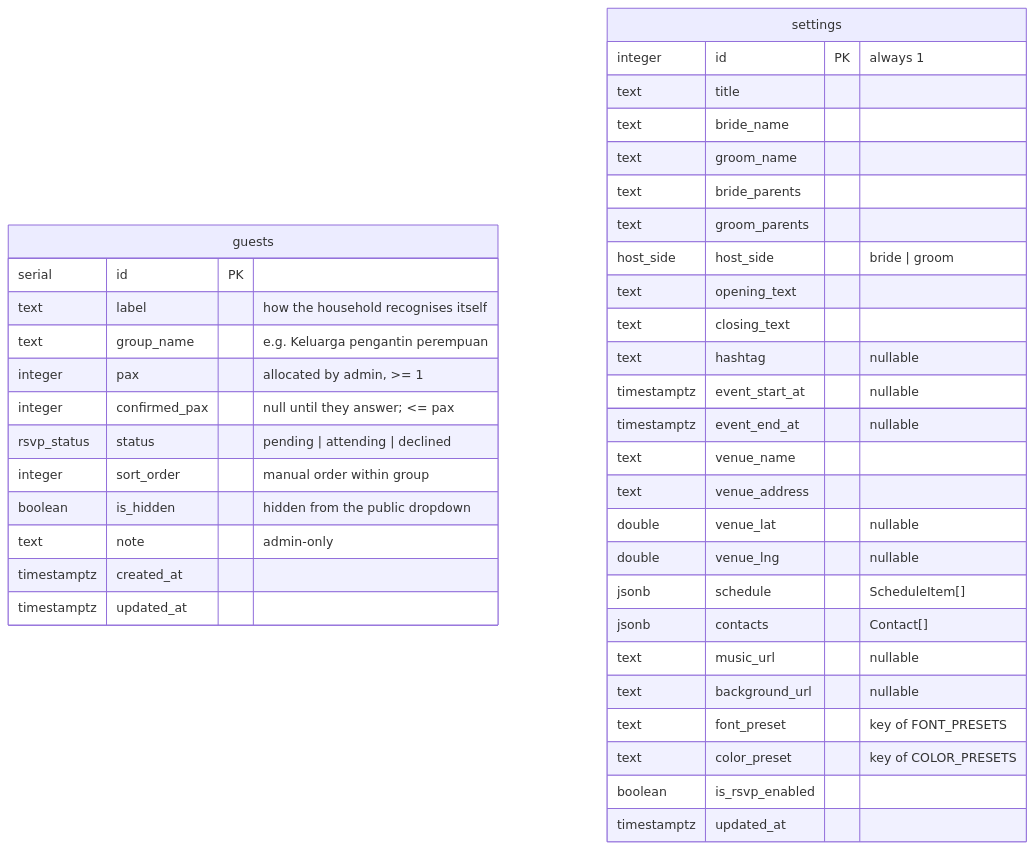
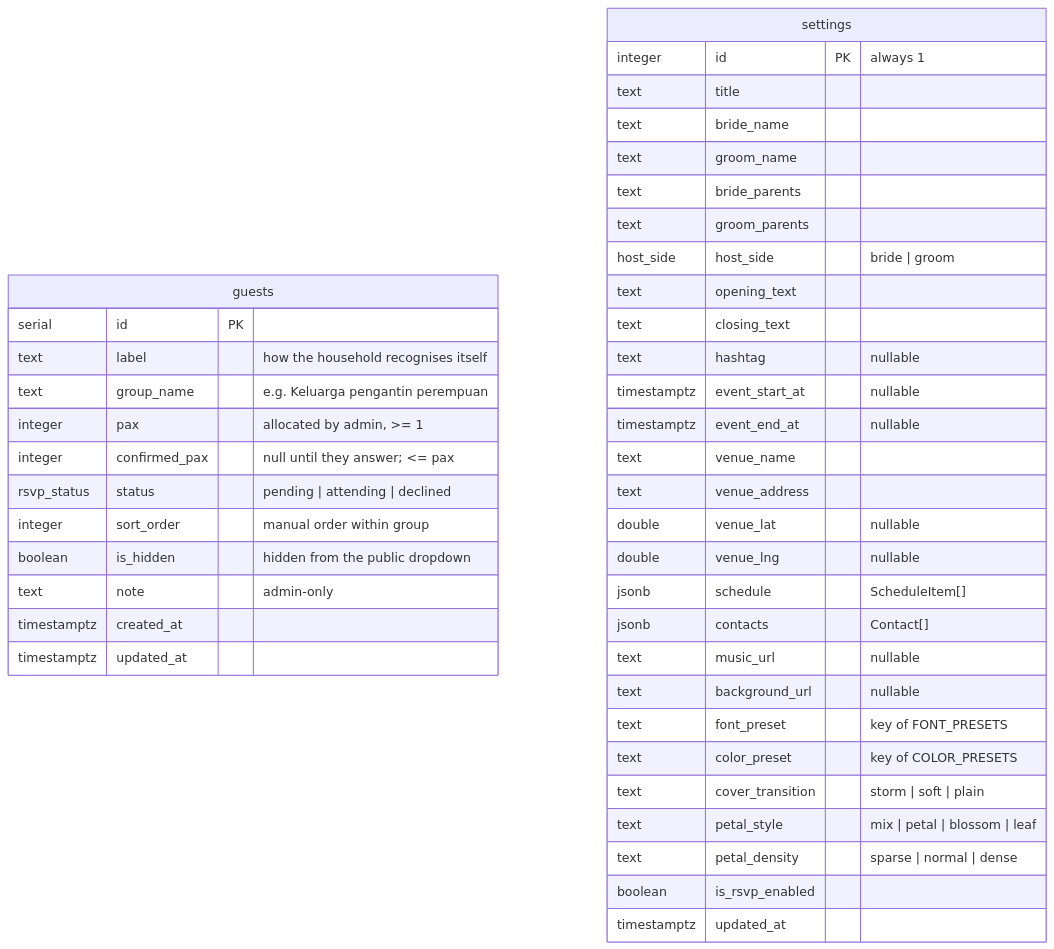
Before and after one commit to ellyboy98/card-tunang-product: the diagram in docs/03-data-model.md, drawn with Mermaid. The commit also changed other lines of this file and 17 other files, not shown here.

First line of the commit message:
feat(card): admin-configurable cover transition and petal options

````diff
--- a/docs/03-data-model.md
+++ b/docs/03-data-model.md
@@ -9,42 +9,45 @@
 ```mermaid
 erDiagram
   guests {
     serial        id            PK
     text          label         "how the household recognises itself"
     text          group_name    "e.g. Keluarga pengantin perempuan"
     integer       pax           "allocated by admin, >= 1"
     integer       confirmed_pax "null until they answer; <= pax"
     rsvp_status   status        "pending | attending | declined"
     integer       sort_order    "manual order within group"
     boolean       is_hidden     "hidden from the public dropdown"
     text          note          "admin-only"
     timestamptz   created_at
     timestamptz   updated_at
   }
   settings {
     integer       id              PK "always 1"
     text          title
     text          bride_name
     text          groom_name
     text          bride_parents
     text          groom_parents
     host_side     host_side       "bride | groom"
     text          opening_text
     text          closing_text
     text          hashtag         "nullable"
     timestamptz   event_start_at  "nullable"
     timestamptz   event_end_at    "nullable"
     text          venue_name
     text          venue_address
     double        venue_lat       "nullable"
     double        venue_lng       "nullable"
     jsonb         schedule        "ScheduleItem[]"
     jsonb         contacts        "Contact[]"
     text          music_url       "nullable"
     text          background_url  "nullable"
     text          font_preset     "key of FONT_PRESETS"
     text          color_preset    "key of COLOR_PRESETS"
+    text          cover_transition "storm | soft | plain"
+    text          petal_style     "mix | petal | blossom | leaf"
+    text          petal_density   "sparse | normal | dense"
     boolean       is_rsvp_enabled
     timestamptz   updated_at
   }
 ```
````
